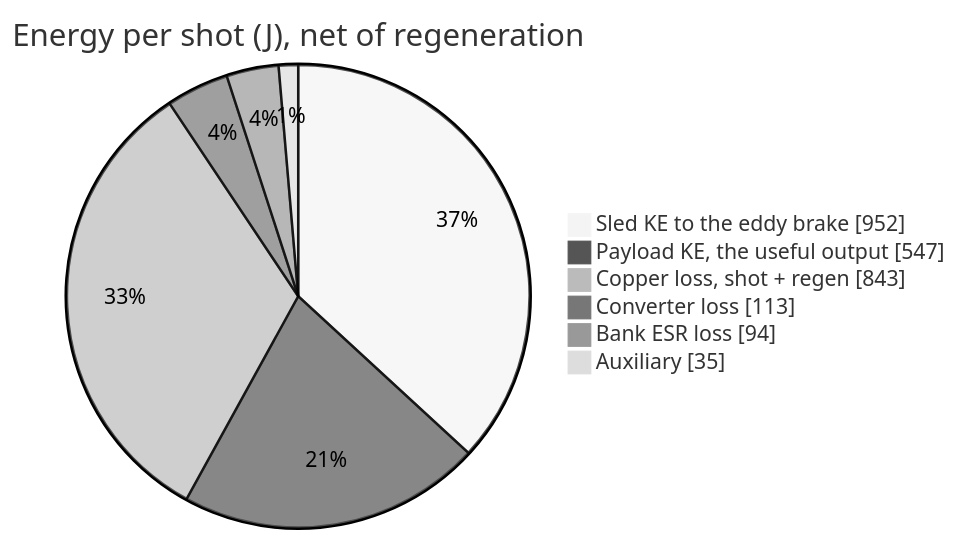
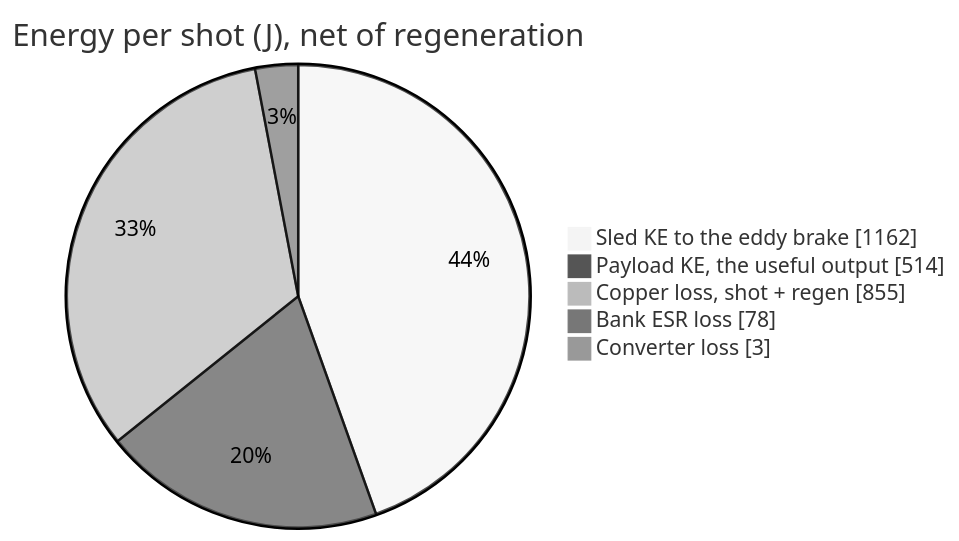
Before and after one commit to aaaaaaaaaaaavm/VOLLEY: the second of 3 diagrams in wiki/Home.md, drawn with Mermaid (neutral theme). The commit also changed other lines of this file, not shown here.

First line of the commit message:
Bring the wiki source current, and recompute the two charts on it

````diff
--- a/wiki/Home.md
+++ b/wiki/Home.md
@@ -121,10 +147,9 @@
 ```mermaid
 pie showData
     title Energy per shot (J), net of regeneration
-    "Sled KE to the eddy brake" : 952
-    "Payload KE, the useful output" : 547
-    "Copper loss, shot + regen" : 843
-    "Converter loss" : 113
-    "Bank ESR loss" : 94
-    "Auxiliary" : 35
+    "Sled KE to the eddy brake" : 1162
+    "Payload KE, the useful output" : 514
+    "Copper loss, shot + regen" : 855
+    "Bank ESR loss" : 78
+    "Converter loss" : 3
 ```
````
